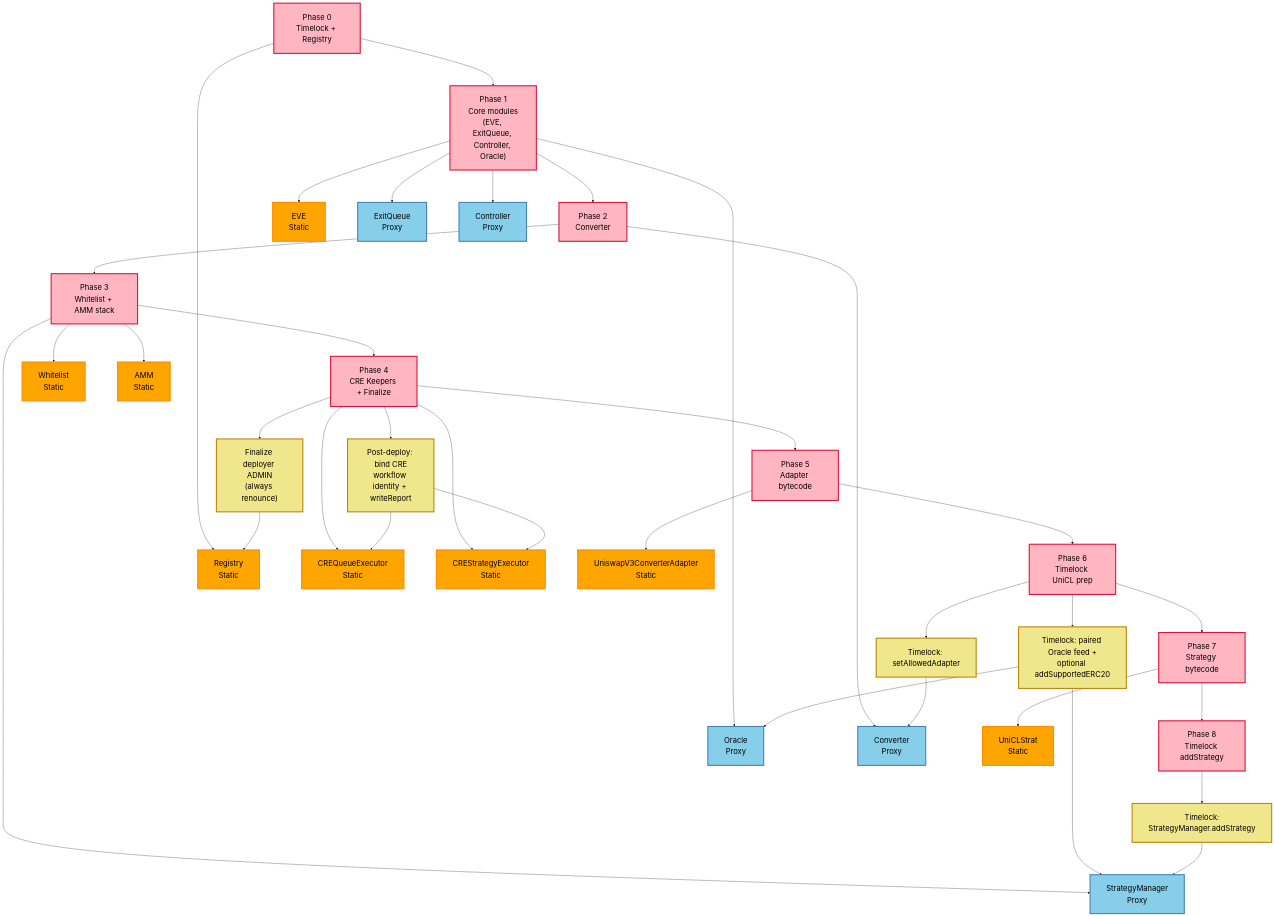
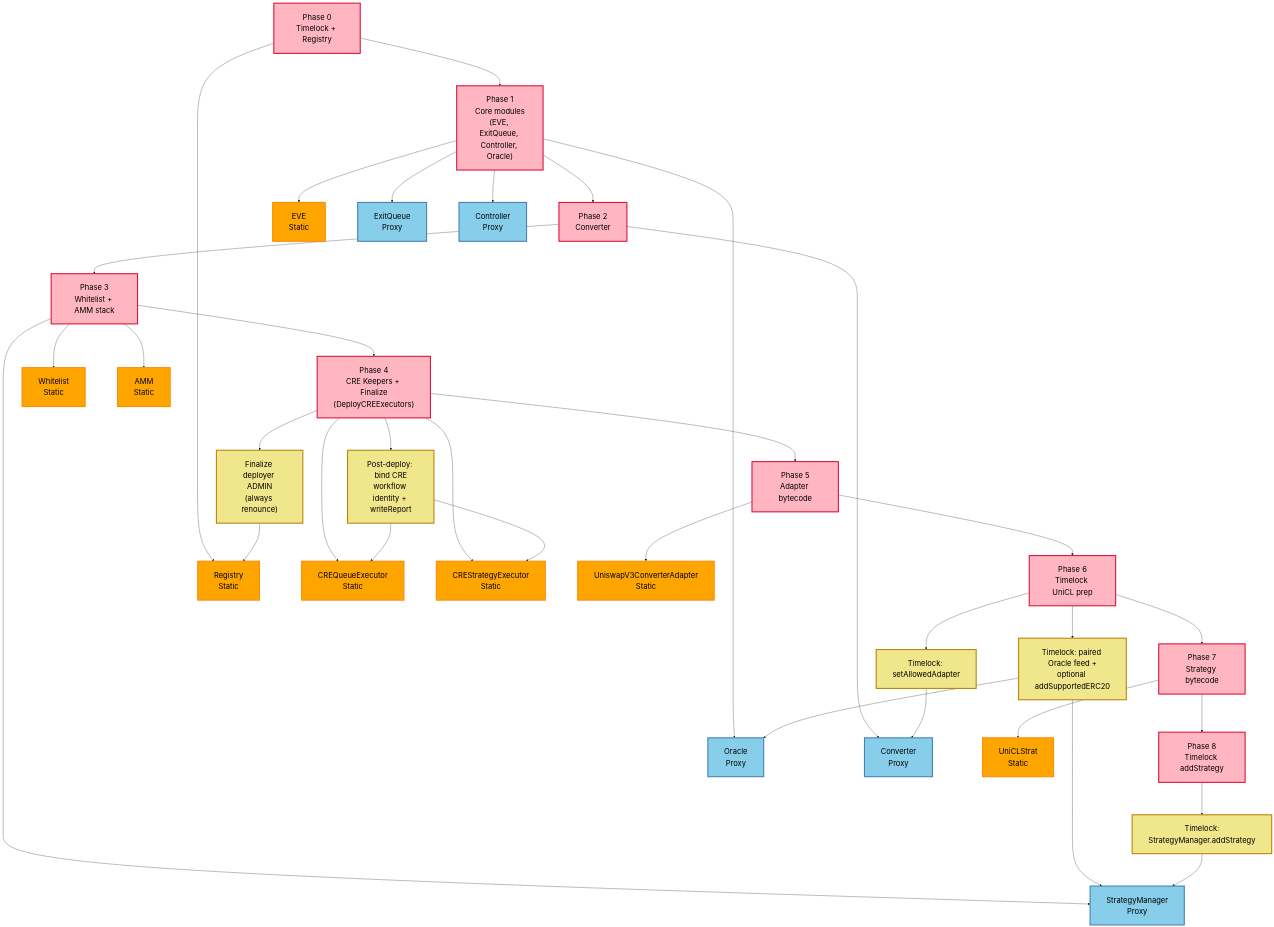
The diagram in mermaid/deployment-architecture.md (everstrat-xyz/contracts), drawn with Mermaid before and after one commit. The commit also changed 2 other files, not shown here.

Commit message:
Update mermaid diagrams for the CRE review fixes
- mermaid-smart-contracts: add an onReport guard-pipeline diagram showing the
  full check order, including the split CREReceiverFutureTimestamp (clock skew)
  vs CREReceiverStaleReport (delivery latency) branches; document the cursor
  skippability rule; list the new CREStrategyExecutor test and the three trees.
- access-control-diagram: the break-glass keeper is now drawn as opt-in and off
  by default (dashed node + dashed grant edge) rather than standard wiring, and
  the security multisig is added with the Controller.pause() containment edge
  that stops every keeper path. New SECURITY_ROLE row in the roles table.
- deployment-architecture: name DeployCREExecutors on the Phase 4 node.

All edited charts verified with @mermaid-js/mermaid-cli.

````diff
--- a/mermaid/deployment-architecture.md
+++ b/mermaid/deployment-architecture.md
@@ -5,78 +5,78 @@
 ```mermaid
 %%{init: {'theme':'base', 'themeVariables': { 'fontSize': '28px', 'primaryTextColor': '#000000'}, 'flowchart': {'nodeSpacing': 120, 'rankSpacing': 120, 'padding': 30}}}%%
 graph TB
     Phase0["Phase 0<br/>Timelock + Registry"]
     Phase1["Phase 1<br/>Core modules<br/>(EVE, ExitQueue, Controller, Oracle)"]
     Phase2["Phase 2<br/>Converter"]
     Phase3["Phase 3<br/>Whitelist + AMM stack"]
-    Phase4["Phase 4<br/>CRE Keepers + Finalize"]
+    Phase4["Phase 4<br/>CRE Keepers + Finalize<br/>(DeployCREExecutors)"]
     Phase5["Phase 5<br/>Adapter bytecode"]
     Phase6["Phase 6<br/>Timelock UniCL prep"]
     Phase7["Phase 7<br/>Strategy bytecode"]
     Phase8["Phase 8<br/>Timelock addStrategy"]
 
     RegistryStatic["Registry<br/>Static"]
     EVE["EVE<br/>Static"]
     ExitQueueProxy["ExitQueue<br/>Proxy"]
     ControllerProxy["Controller<br/>Proxy"]
     OracleProxy["Oracle<br/>Proxy"]
     ConverterProxy["Converter<br/>Proxy"]
     StrategyManagerProxy["StrategyManager<br/>Proxy"]
     Whitelist["Whitelist<br/>Static"]
     AMM["AMM<br/>Static"]
     CREQueue["CREQueueExecutor<br/>Static"]
     CREStrategy["CREStrategyExecutor<br/>Static"]
     Adapter["UniswapV3ConverterAdapter<br/>Static"]
     UniCLStrat["UniCLStrat<br/>Static"]
 
     FinalizeDeployer["Finalize deployer ADMIN<br/>(always renounce)"]
     BindWorkflow["Post-deploy: bind CRE<br/>workflow identity + writeReport"]
     AllowAdapter["Timelock: setAllowedAdapter"]
     PairedFeed["Timelock: paired Oracle feed +<br/>optional addSupportedERC20"]
     AddStrategy["Timelock:<br/>StrategyManager.addStrategy"]
 
     Phase0 --> RegistryStatic
     Phase0 --> Phase1
     Phase1 --> EVE
     Phase1 --> ExitQueueProxy
     Phase1 --> ControllerProxy
     Phase1 --> OracleProxy
     Phase1 --> Phase2
     Phase2 --> ConverterProxy
     Phase2 --> Phase3
     Phase3 --> Whitelist
     Phase3 --> StrategyManagerProxy
     Phase3 --> AMM
     Phase3 --> Phase4
     Phase4 --> CREQueue
     Phase4 --> CREStrategy
     Phase4 --> FinalizeDeployer
     Phase4 --> BindWorkflow
     Phase4 --> Phase5
     Phase5 --> Adapter
     Phase5 --> Phase6
     Phase6 --> AllowAdapter
     Phase6 --> PairedFeed
     Phase6 --> Phase7
     Phase7 --> UniCLStrat
     Phase7 --> Phase8
     Phase8 --> AddStrategy
 
     FinalizeDeployer --> RegistryStatic
     BindWorkflow --> CREQueue
     BindWorkflow --> CREStrategy
     AllowAdapter --> ConverterProxy
     PairedFeed --> OracleProxy
     PairedFeed --> StrategyManagerProxy
     AddStrategy --> StrategyManagerProxy
 
     classDef phase fill:#FFB6C1,stroke:#DC143C,stroke-width:4px
     classDef static fill:#FFA500,stroke:#FF8C00,stroke-width:4px
     classDef proxy fill:#87CEEB,stroke:#4682B4,stroke-width:4px
     classDef setup fill:#F0E68C,stroke:#B8860B,stroke-width:4px
 
     class Phase0,Phase1,Phase2,Phase3,Phase4,Phase5,Phase6,Phase7,Phase8 phase
     class RegistryStatic,EVE,AMM,Whitelist,CREQueue,CREStrategy,Adapter,UniCLStrat static
     class ExitQueueProxy,ControllerProxy,OracleProxy,ConverterProxy,StrategyManagerProxy proxy
     class FinalizeDeployer,BindWorkflow,AllowAdapter,PairedFeed,AddStrategy setup
 ```
````
